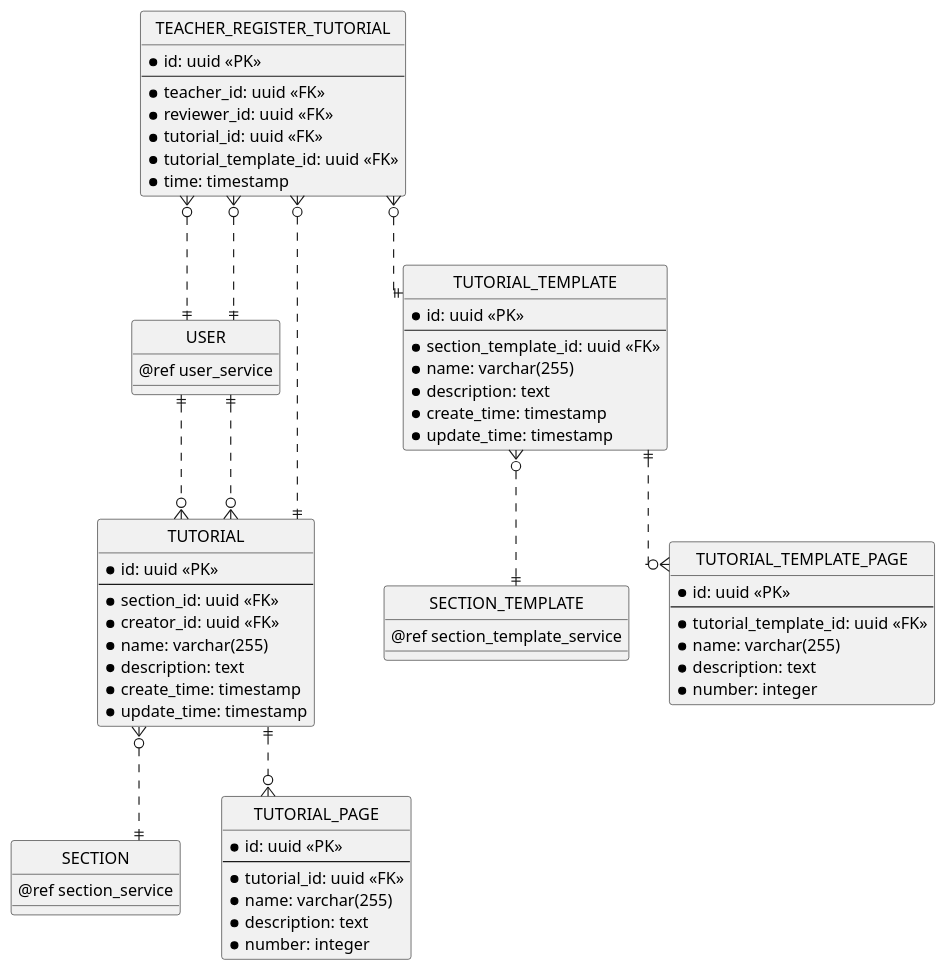
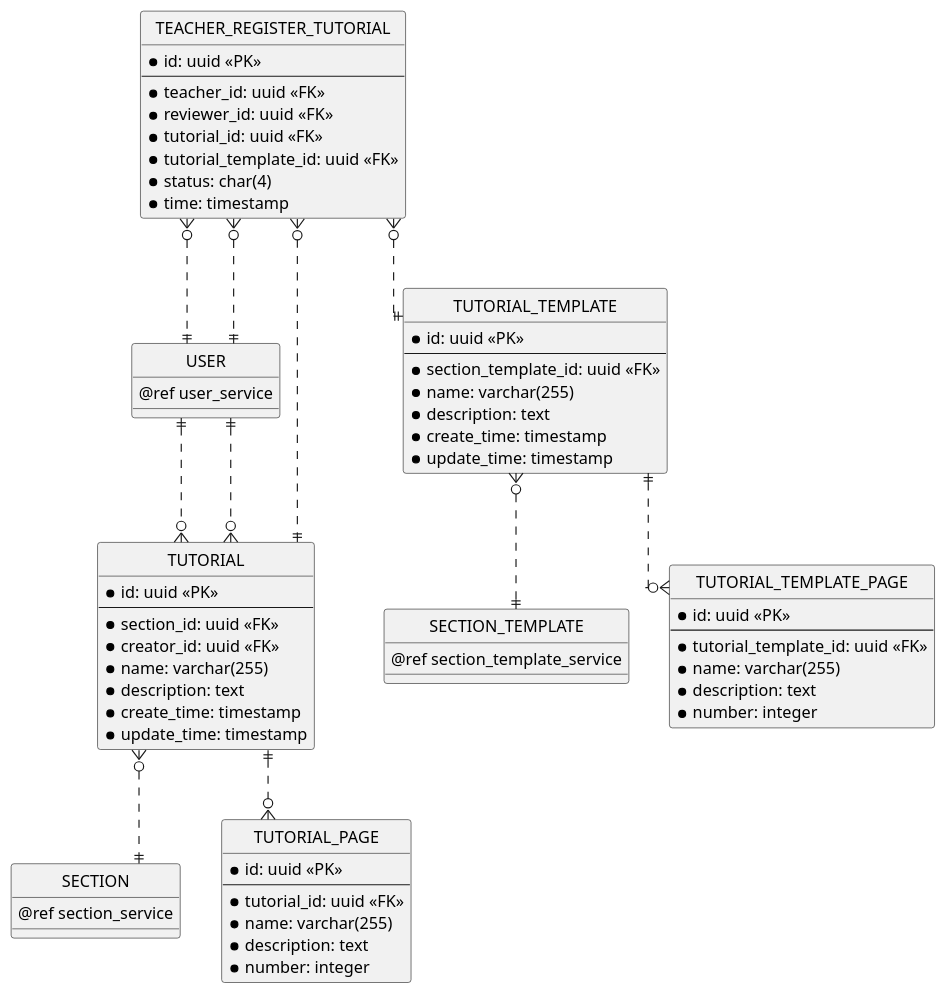
One commit to chungnguyenbkcse/ERD-USECASE-KIDSDRAWING changed diagram 11 of 13 in erd.md. Above: the diagram before and after it, drawn with PlantUML. The commit also changed other lines of this file, not shown here.

Commit message:
edit status type for request

```diff
--- a/erd.md
+++ b/erd.md
@@ -656,6 +656,7 @@
     * reviewer_id: uuid <<FK>>
     * tutorial_id: uuid <<FK>>
     * tutorial_template_id: uuid <<FK>>
+    * status: char(4)
     * time: timestamp
 }
 
```
